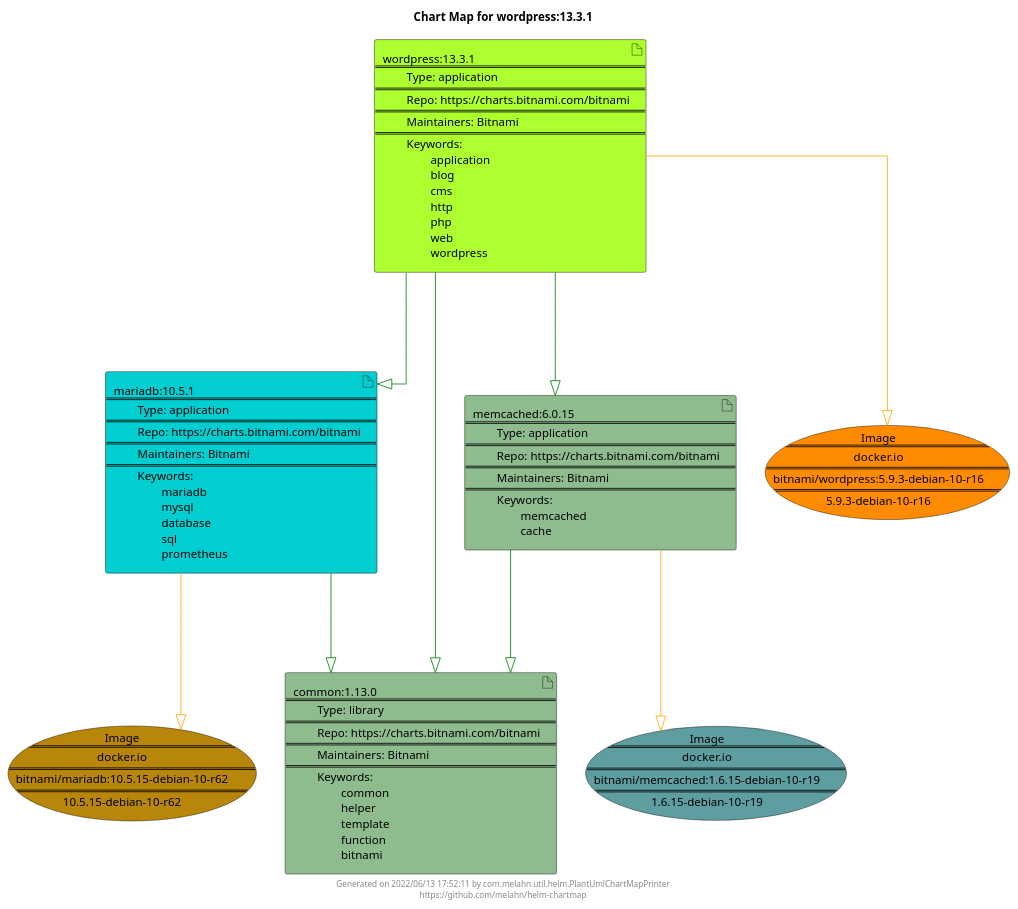
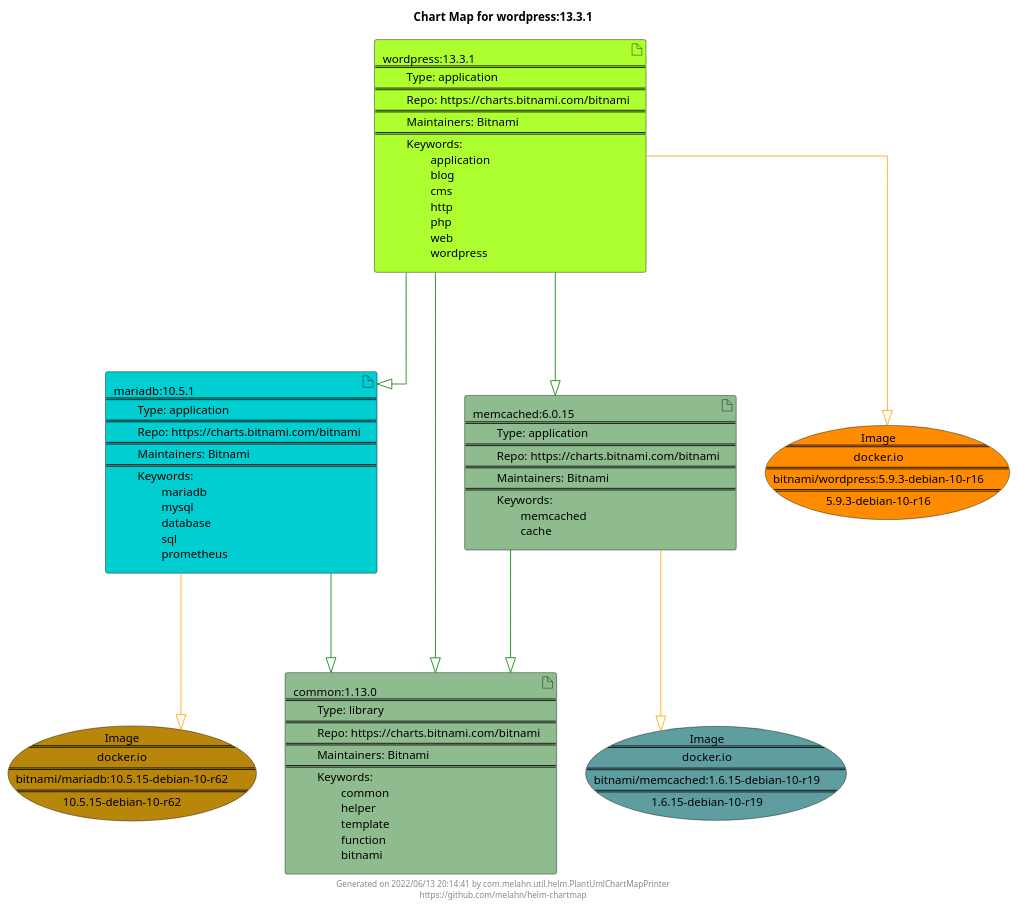
One commit to melahn/helm-chartmap changed the diagram in docs/wordpress/wordpress-13.3.1.puml. Above: the diagram before and after it, drawn with PlantUML. The commit also changed 59 other files, not shown here.

Commit message:
Update Example Chart Maps as part of GitHub build

```diff
--- a/docs/wordpress/wordpress-13.3.1.puml
+++ b/docs/wordpress/wordpress-13.3.1.puml
@@ -1,33 +1,33 @@
 @startuml
 skinparam linetype ortho
 skinparam backgroundColor white
 skinparam usecaseBorderColor black
 skinparam usecaseArrowColor LightSlateGray
 skinparam artifactBorderColor black
 skinparam artifactArrowColor LightSlateGray
 
 title Chart Map for wordpress:13.3.1
 
 'There are 4 referenced Helm Charts
 artifact "wordpress:13.3.1\n====\n\tType: application\n====\n\tRepo: https://charts.bitnami.com/bitnami\n====\n\tMaintainers: Bitnami\n====\n\tKeywords: \n\t\tapplication\n\t\tblog\n\t\tcms\n\t\thttp\n\t\tphp\n\t\tweb\n\t\twordpress" as wordpress_13_3_1 #GreenYellow
 artifact "common:1.13.0\n====\n\tType: library\n====\n\tRepo: https://charts.bitnami.com/bitnami\n====\n\tMaintainers: Bitnami\n====\n\tKeywords: \n\t\tcommon\n\t\thelper\n\t\ttemplate\n\t\tfunction\n\t\tbitnami" as common_1_13_0 #DarkSeaGreen
 artifact "mariadb:10.5.1\n====\n\tType: application\n====\n\tRepo: https://charts.bitnami.com/bitnami\n====\n\tMaintainers: Bitnami\n====\n\tKeywords: \n\t\tmariadb\n\t\tmysql\n\t\tdatabase\n\t\tsql\n\t\tprometheus" as mariadb_10_5_1 #DarkTurquoise
 artifact "memcached:6.0.15\n====\n\tType: application\n====\n\tRepo: https://charts.bitnami.com/bitnami\n====\n\tMaintainers: Bitnami\n====\n\tKeywords: \n\t\tmemcached\n\t\tcache" as memcached_6_0_15 #DarkSeaGreen
 
 'There are 3 referenced Docker Images
 usecase "Image\n====\ndocker.io\n====\nbitnami/memcached:1.6.15-debian-10-r19\n====\n1.6.15-debian-10-r19" as docker_io_bitnami_memcached_1_6_15_debian_10_r19 #CadetBlue
 usecase "Image\n====\ndocker.io\n====\nbitnami/mariadb:10.5.15-debian-10-r62\n====\n10.5.15-debian-10-r62" as docker_io_bitnami_mariadb_10_5_15_debian_10_r62 #DarkGoldenRod
 usecase "Image\n====\ndocker.io\n====\nbitnami/wordpress:5.9.3-debian-10-r16\n====\n5.9.3-debian-10-r16" as docker_io_bitnami_wordpress_5_9_3_debian_10_r16 #Darkorange
 
 'Chart Dependencies
+wordpress_13_3_1--[#green]-|>memcached_6_0_15
+memcached_6_0_15--[#green]-|>common_1_13_0
+wordpress_13_3_1--[#green]-|>common_1_13_0
 wordpress_13_3_1--[#green]-|>mariadb_10_5_1
 mariadb_10_5_1--[#green]-|>common_1_13_0
-wordpress_13_3_1--[#green]-|>common_1_13_0
-wordpress_13_3_1--[#green]-|>memcached_6_0_15
-memcached_6_0_15--[#green]-|>common_1_13_0
 wordpress_13_3_1--[#orange]-|>docker_io_bitnami_wordpress_5_9_3_debian_10_r16
 mariadb_10_5_1--[#orange]-|>docker_io_bitnami_mariadb_10_5_15_debian_10_r62
 memcached_6_0_15--[#orange]-|>docker_io_bitnami_memcached_1_6_15_debian_10_r19
 
-center footer Generated on 2022/06/13 17:52:11 by com.melahn.util.helm.PlantUmlChartMapPrinter\nhttps://github.com/melahn/helm-chartmap
+center footer Generated on 2022/06/13 20:14:41 by com.melahn.util.helm.PlantUmlChartMapPrinter\nhttps://github.com/melahn/helm-chartmap
 @enduml
```
